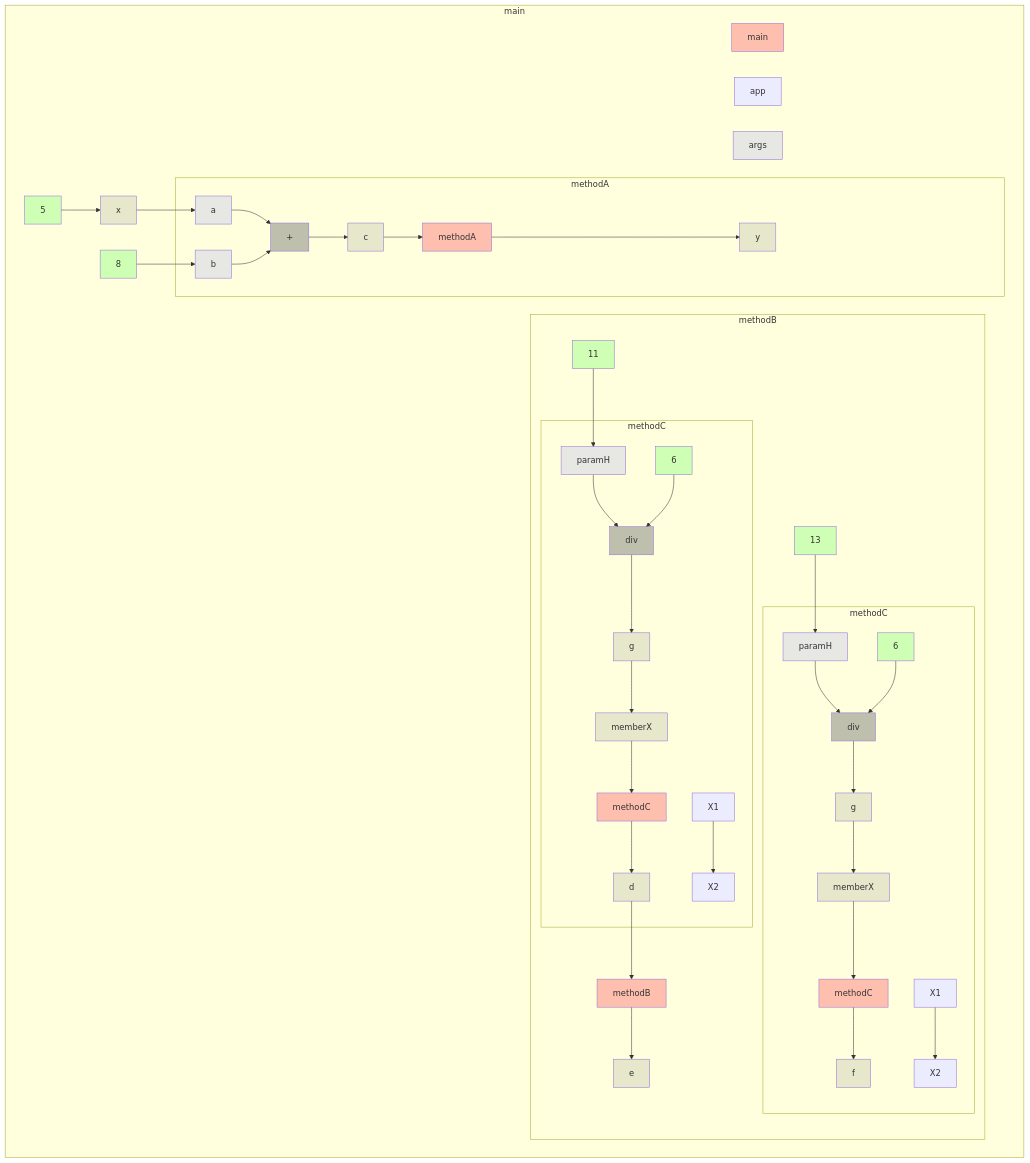
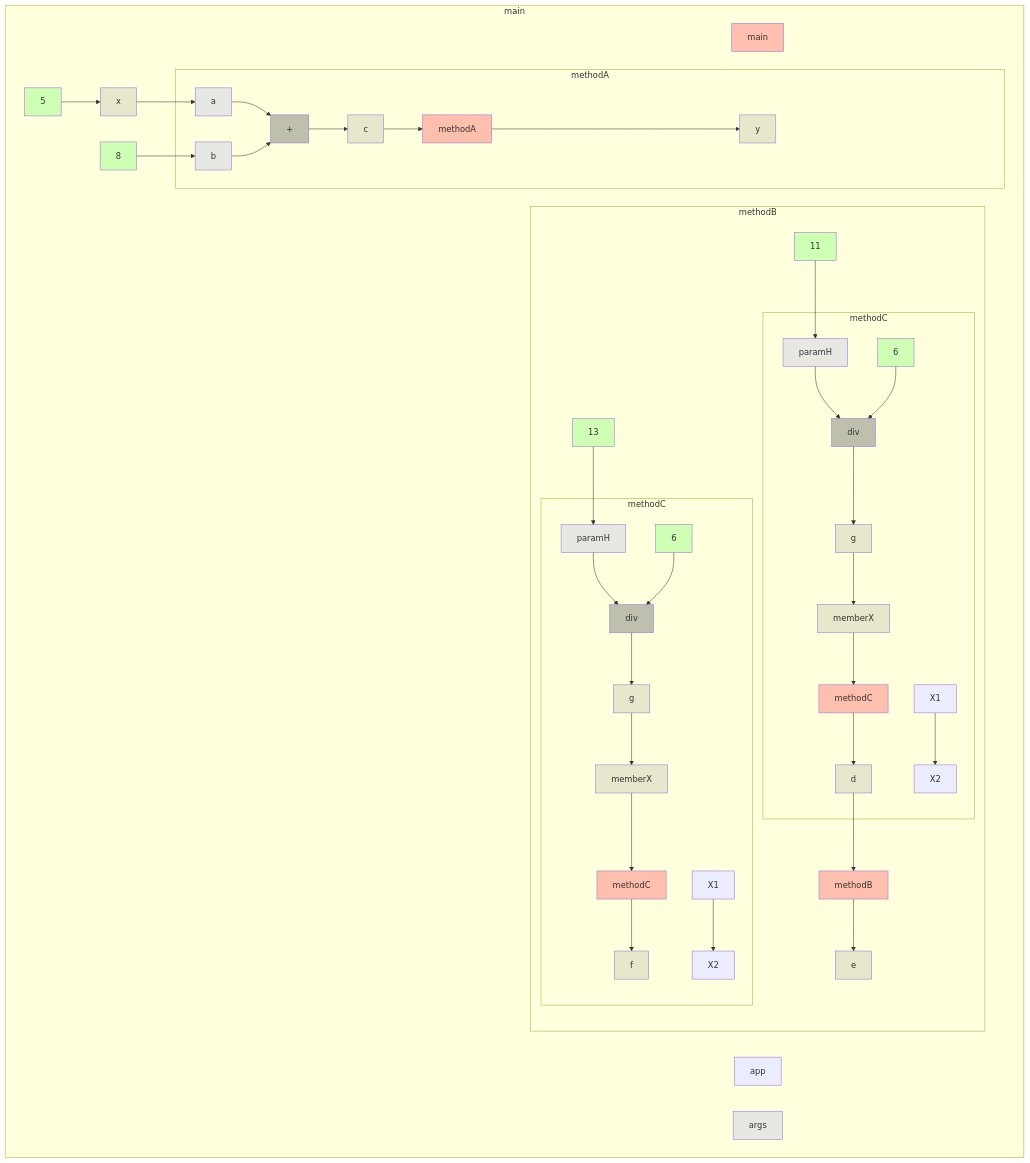
One commit to gstiebler/codeflow changed the diagram in app/src/test/resources/funcCall/truth.md. Above: the diagram before and after it, drawn with Mermaid. The commit also changed 16 other files, not shown here.

````diff
--- a/app/src/test/resources/funcCall/truth.md
+++ b/app/src/test/resources/funcCall/truth.md
@@ -1,78 +1,78 @@
 ```mermaid
 flowchart TD
   subgraph 4309014["main"]
+    -1177365738[x]:::VARIABLE
+    -1177362286[5]:::LITERAL
+    -1177337819[y]:::VARIABLE
+    -1177311145[8]:::LITERAL
+    -1177277610[e]:::VARIABLE
+    -1175662633[app]:::OBJ_VARIABLE
+    -1126409814[args]:::FUNC_PARAM
     56853577[main]:::RETURN
-    1347555656[5]:::LITERAL
-    1347555827[8]:::LITERAL
-    1347556717[e]:::VARIABLE
-    1347556760[x]:::VARIABLE
-    1347556844[y]:::VARIABLE
-    1349200525[app]:::OBJ_VARIABLE
-    1398539838[args]:::FUNC_PARAM
-    1347555656[5]:::LITERAL --> 1347556760[x]:::VARIABLE
-    1347555827[8]:::LITERAL --> 171748789[b]:::FUNC_PARAM
-    1347556760[x]:::VARIABLE --> 171748744[a]:::FUNC_PARAM
-    subgraph -1676100867["methodA"]
-      171747948[+]:::BIN_OP
-      171748744[a]:::FUNC_PARAM
-      171748789[b]:::FUNC_PARAM
-      171748844[c]:::VARIABLE
-      17591636379[methodA]:::RETURN
-      171747948[+]:::BIN_OP --> 171748844[c]:::VARIABLE
-      171748744[a]:::FUNC_PARAM --> 171747948[+]:::BIN_OP
-      171748789[b]:::FUNC_PARAM --> 171747948[+]:::BIN_OP
-      171748844[c]:::VARIABLE --> 17591636379[methodA]:::RETURN
-      17591636379[methodA]:::RETURN --> 1347556844[y]:::VARIABLE
+    -1177365738[x]:::VARIABLE --> 11588793[a]:::FUNC_PARAM
+    -1177362286[5]:::LITERAL --> -1177365738[x]:::VARIABLE
+    -1177311145[8]:::LITERAL --> 11590798[b]:::FUNC_PARAM
+    subgraph -607755091["methodA"]
+      11588793[a]:::FUNC_PARAM
+      11590798[b]:::FUNC_PARAM
+      11616637[c]:::VARIABLE
+      11619625[+]:::BIN_OP
+      15066746251[methodA]:::RETURN
+      11588793[a]:::FUNC_PARAM --> 11619625[+]:::BIN_OP
+      11590798[b]:::FUNC_PARAM --> 11619625[+]:::BIN_OP
+      11616637[c]:::VARIABLE --> 15066746251[methodA]:::RETURN
+      11619625[+]:::BIN_OP --> 11616637[c]:::VARIABLE
+      15066746251[methodA]:::RETURN --> -1177337819[y]:::VARIABLE
     end
-    subgraph -1676069898["methodB"]
-      171775708[d]:::VARIABLE
-      171775834[f]:::VARIABLE
-      171800722[11]:::LITERAL
-      171801499[13]:::LITERAL
-      17591637233[methodB]:::RETURN
-      171775708[d]:::VARIABLE --> 17591637233[methodB]:::RETURN
-      171800722[11]:::LITERAL --> -18839993683[paramH]:::FUNC_PARAM
-      171801499[13]:::LITERAL --> -18839990831[paramH]:::FUNC_PARAM
-      17591637233[methodB]:::RETURN --> 1347556717[e]:::VARIABLE
-      subgraph 2064649567["methodC"]
-        -18839993683[paramH]:::FUNC_PARAM
-        -1917716587[6]:::LITERAL
-        -1917715783[g]:::VARIABLE
-        -1917669583[X1]:::OBJ_VARIABLE
-        -1917669382[X2]:::OBJ_VARIABLE
-        -1916026464[div]:::BIN_OP
-        16302762291[memberX]:::VARIABLE
-        16415855607[methodC]:::RETURN
-        -18839993683[paramH]:::FUNC_PARAM --> -1916026464[div]:::BIN_OP
-        -1917716587[6]:::LITERAL --> -1916026464[div]:::BIN_OP
-        -1917715783[g]:::VARIABLE --> 16302762291[memberX]:::VARIABLE
-        -1917669583[X1]:::OBJ_VARIABLE --> -1917669382[X2]:::OBJ_VARIABLE
-        -1916026464[div]:::BIN_OP --> -1917715783[g]:::VARIABLE
-        16302762291[memberX]:::VARIABLE --> 16415855607[methodC]:::RETURN
-        16415855607[methodC]:::RETURN --> 171775708[d]:::VARIABLE
+    subgraph -605583820["methodB"]
+      13501146[d]:::VARIABLE
+      13530101[f]:::VARIABLE
+      13551082[11]:::LITERAL
+      13580037[13]:::LITERAL
+      15066804951[methodB]:::RETURN
+      13501146[d]:::VARIABLE --> 15066804951[methodB]:::RETURN
+      13551082[11]:::LITERAL --> -18649270098[paramH]:::FUNC_PARAM
+      13580037[13]:::LITERAL --> -18648373547[paramH]:::FUNC_PARAM
+      15066804951[methodB]:::RETURN --> -1177277610[e]:::VARIABLE
+      subgraph 503533734["methodC"]
+        -18649270098[paramH]:::FUNC_PARAM
+        -1726965320[g]:::VARIABLE
+        -1726964109[6]:::LITERAL
+        -1726891030[X1]:::OBJ_VARIABLE
+        -1726207591[X2]:::OBJ_VARIABLE
+        -1725273956[div]:::BIN_OP
+        16144489774[memberX]:::VARIABLE
+        16257583090[methodC]:::RETURN
+        -18649270098[paramH]:::FUNC_PARAM --> -1725273956[div]:::BIN_OP
+        -1726965320[g]:::VARIABLE --> 16144489774[memberX]:::VARIABLE
+        -1726964109[6]:::LITERAL --> -1725273956[div]:::BIN_OP
+        -1726891030[X1]:::OBJ_VARIABLE --> -1726207591[X2]:::OBJ_VARIABLE
+        -1725273956[div]:::BIN_OP --> -1726965320[g]:::VARIABLE
+        16144489774[memberX]:::VARIABLE --> 16257583090[methodC]:::RETURN
+        16257583090[methodC]:::RETURN --> 13501146[d]:::VARIABLE
       end
-      subgraph 2064652971["methodC"]
-        -18839990831[paramH]:::FUNC_PARAM
-        -1917713735[6]:::LITERAL
-        -1917712931[g]:::VARIABLE
-        -1917666731[X1]:::OBJ_VARIABLE
-        -1917666530[X2]:::OBJ_VARIABLE
-        -1916023612[div]:::BIN_OP
-        16302762383[memberX]:::VARIABLE
-        16415855699[methodC]:::RETURN
-        -18839990831[paramH]:::FUNC_PARAM --> -1916023612[div]:::BIN_OP
-        -1917713735[6]:::LITERAL --> -1916023612[div]:::BIN_OP
-        -1917712931[g]:::VARIABLE --> 16302762383[memberX]:::VARIABLE
-        -1917666731[X1]:::OBJ_VARIABLE --> -1917666530[X2]:::OBJ_VARIABLE
-        -1916023612[div]:::BIN_OP --> -1917712931[g]:::VARIABLE
-        16302762383[memberX]:::VARIABLE --> 16415855699[methodC]:::RETURN
-        16415855699[methodC]:::RETURN --> 171775834[f]:::VARIABLE
+      subgraph 504603811["methodC"]
+        -18648373547[paramH]:::FUNC_PARAM
+        -1726068769[g]:::VARIABLE
+        -1726067558[6]:::LITERAL
+        -1725994479[X1]:::OBJ_VARIABLE
+        -1725311040[X2]:::OBJ_VARIABLE
+        -1724377405[div]:::BIN_OP
+        16144518695[memberX]:::VARIABLE
+        16257612011[methodC]:::RETURN
+        -18648373547[paramH]:::FUNC_PARAM --> -1724377405[div]:::BIN_OP
+        -1726068769[g]:::VARIABLE --> 16144518695[memberX]:::VARIABLE
+        -1726067558[6]:::LITERAL --> -1724377405[div]:::BIN_OP
+        -1725994479[X1]:::OBJ_VARIABLE --> -1725311040[X2]:::OBJ_VARIABLE
+        -1724377405[div]:::BIN_OP --> -1726068769[g]:::VARIABLE
+        16144518695[memberX]:::VARIABLE --> 16257612011[methodC]:::RETURN
+        16257612011[methodC]:::RETURN --> 13530101[f]:::VARIABLE
       end
     end
   end
   classDef LITERAL fill:#00FF0030
   classDef VARIABLE fill:#80808030
   classDef BIN_OP fill:#80808080
   classDef FUNC_PARAM fill:#8080FF30
   classDef RETURN fill:#FF808080
 ```
````
